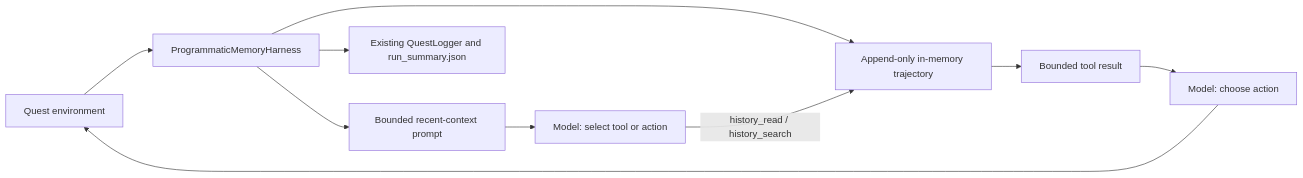
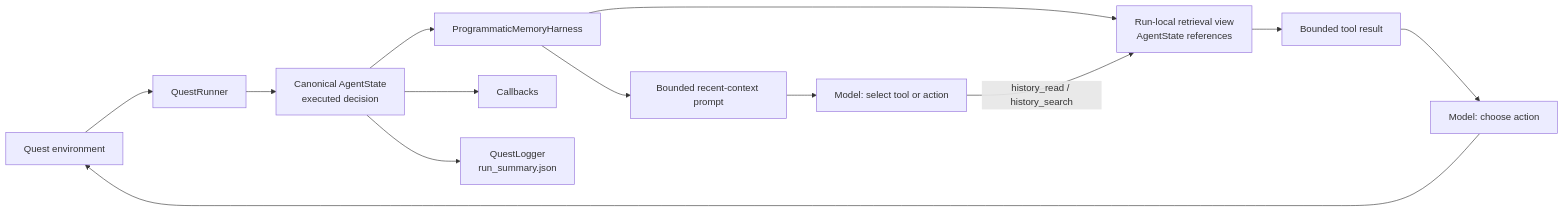
Before and after one commit to yourconscience/llm_quest_benchmark: the diagram in docs/PROGRAMMATIC_MEMORY_PROPOSAL.md, drawn with Mermaid. The commit also changed other lines of this file and 9 other files, not shown here.

Commit message:
Use canonical agent state for retrieval

````diff
--- a/docs/PROGRAMMATIC_MEMORY_PROPOSAL.md
+++ b/docs/PROGRAMMATIC_MEMORY_PROPOSAL.md
@@ -76,12 +76,15 @@
 ```mermaid
 flowchart LR
-    E[Quest environment] --> H[ProgrammaticMemoryHarness]
-    H --> T[Append-only in-memory trajectory]
+    E[Quest environment] --> R[QuestRunner]
+    R --> S[Canonical AgentState<br/>executed decision]
+    S --> H[ProgrammaticMemoryHarness]
+    S --> C[Callbacks]
+    S --> L[QuestLogger<br/>run_summary.json]
+    H --> T[Run-local retrieval view<br/>AgentState references]
     H --> P[Bounded recent-context prompt]
     P --> M[Model: select tool or action]
     M -->|history_read / history_search| T
-    T --> R[Bounded tool result]
-    R --> M2[Model: choose action]
+    T --> B[Bounded tool result]
+    B --> M2[Model: choose action]
     M2 --> E
-    H --> L[Existing QuestLogger and run_summary.json]
 ```
````
